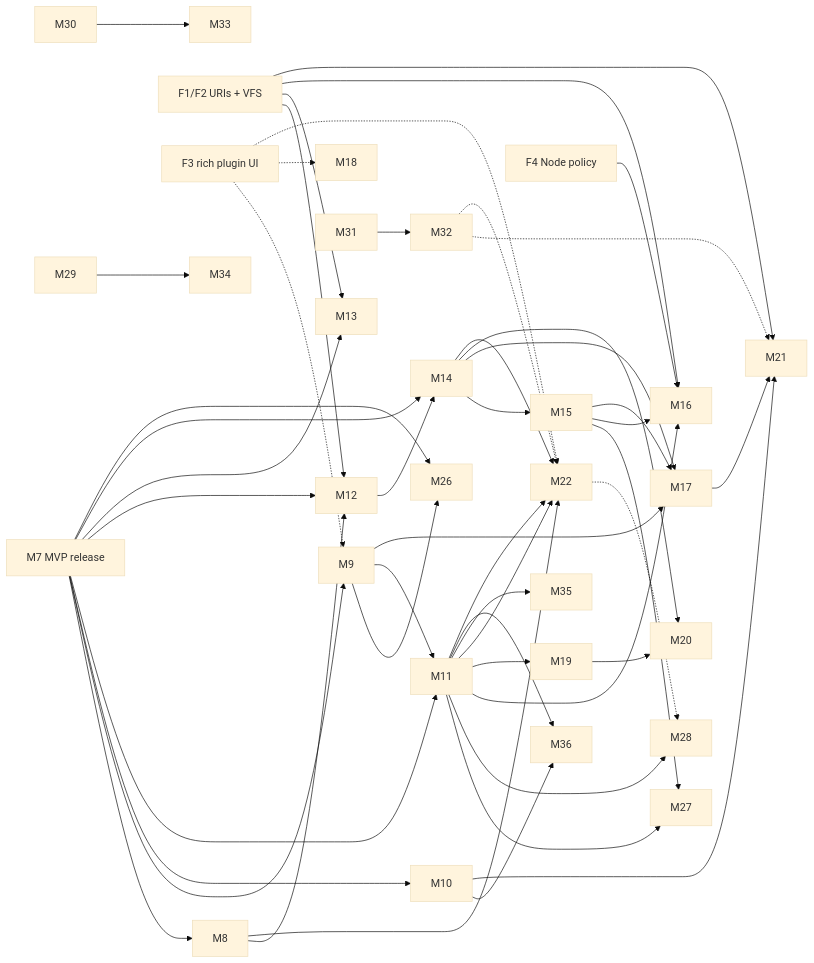
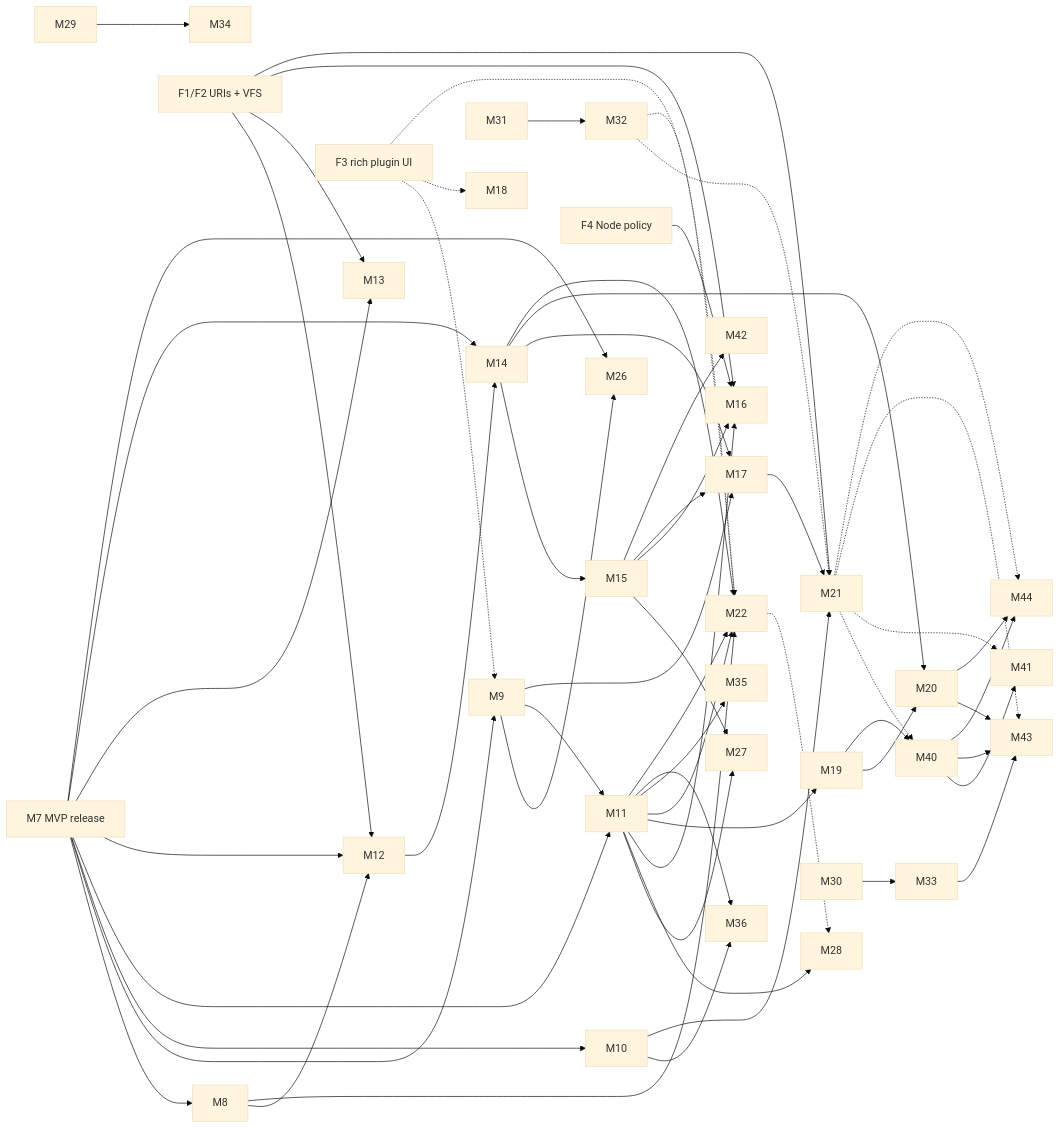
Before and after one commit to stavroskasidis/codalus-ide: the diagram in docs/roadmap.md, drawn with Mermaid (base theme). The commit also changed other lines of this file, not shown here.

Commit message:
Roadmap: a proposed Windows desktop phase (M40-M44: WinForms and WPF, the WinForms designer, WCF, .NET Framework, MAUI on Windows), with D31 open for the scope change

````diff
--- a/docs/roadmap.md
+++ b/docs/roadmap.md
@@ -159,30 +166,36 @@
 ```mermaid
 graph LR
   MVP[M7 MVP release] --> M8 & M9 & M10 & M11 & M12 & M13 & M14 & M26
   F1[F1/F2 URIs + VFS] --> M12 & M13 & M16 & M21
   M9 --> M26
   M11 --> M27
   M15 --> M27
   M22 -.-> M28
   M11 --> M28
   F3[F3 rich plugin UI] -.-> M9 & M18 & M22
   F4[F4 Node policy] --> M16
   M8 --> M12
   M9 --> M11
   M9 --> M17
   M10 --> M36
   M10 --> M21
   M11 --> M16 & M19 & M22 & M35 & M36
   M30 --> M33
   M31 --> M32
   M32 -.-> M21 & M22
   M29 --> M34
   M12 --> M14
   M14 --> M15
   M15 --> M16 & M17
   M14 --> M17
   M14 --> M20
   M19 --> M20
   M17 --> M21
+  M19 --> M40
+  M40 --> M41 & M43 & M44
+  M15 --> M42
+  M33 --> M43
+  M20 --> M43 & M44
+  M21 -.-> M40 & M41 & M43 & M44
   M8 & M11 & M14 --> M22
 ```
````
